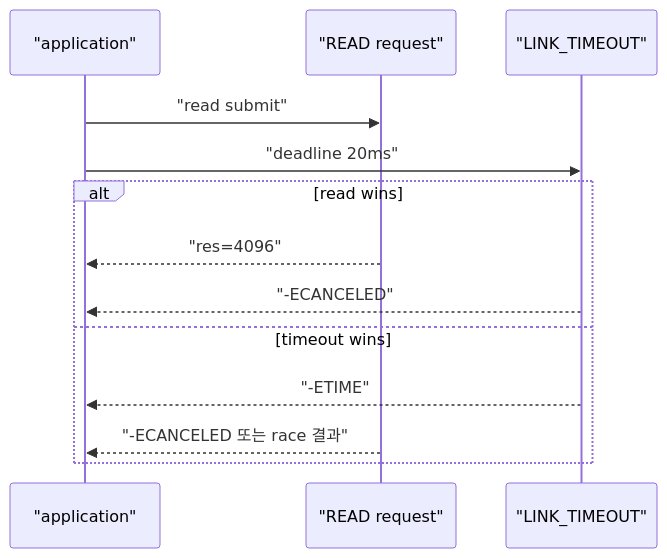
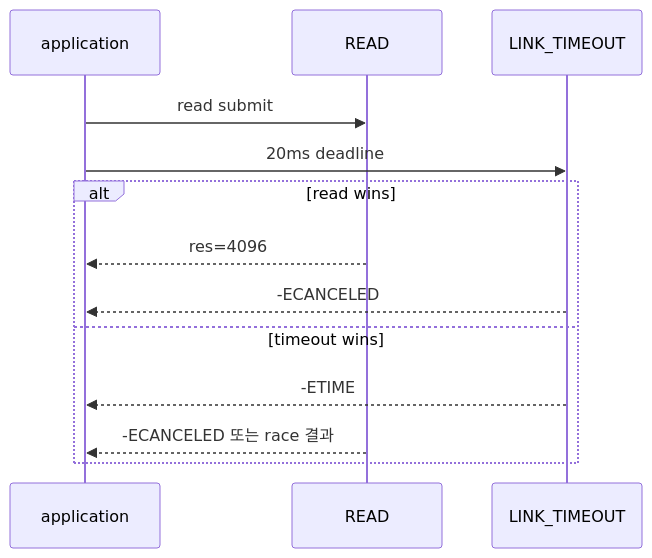
Before and after one commit to mj006648/netai-devsecops-runbook: the second of 3 diagrams in learning/ubuntu-linux-internals/11-io-uring-ordering-errors-and-fsync.md, drawn with Mermaid. The commit also changed other lines of this file and 68 other files, not shown here.

````diff
--- a/learning/ubuntu-linux-internals/11-io-uring-ordering-errors-and-fsync.md
+++ b/learning/ubuntu-linux-internals/11-io-uring-ordering-errors-and-fsync.md
@@ -91,15 +72,15 @@
-```mermaid
+~~~mermaid
 sequenceDiagram
-    participant U as "application"
-    participant R as "READ request"
-    participant T as "LINK_TIMEOUT"
-    U->>R: "read submit"
-    U->>T: "deadline 20ms"
+    participant U as application
+    participant R as READ
+    participant T as LINK_TIMEOUT
+    U->>R: read submit
+    U->>T: 20ms deadline
     alt read wins
-        R-->>U: "res=4096"
-        T-->>U: "-ECANCELED"
+      R-->>U: res=4096
+      T-->>U: -ECANCELED
     else timeout wins
-        T-->>U: "-ETIME"
-        R-->>U: "-ECANCELED 또는 race 결과"
+      T-->>U: -ETIME
+      R-->>U: -ECANCELED 또는 race 결과
     end
-```
+~~~
````
